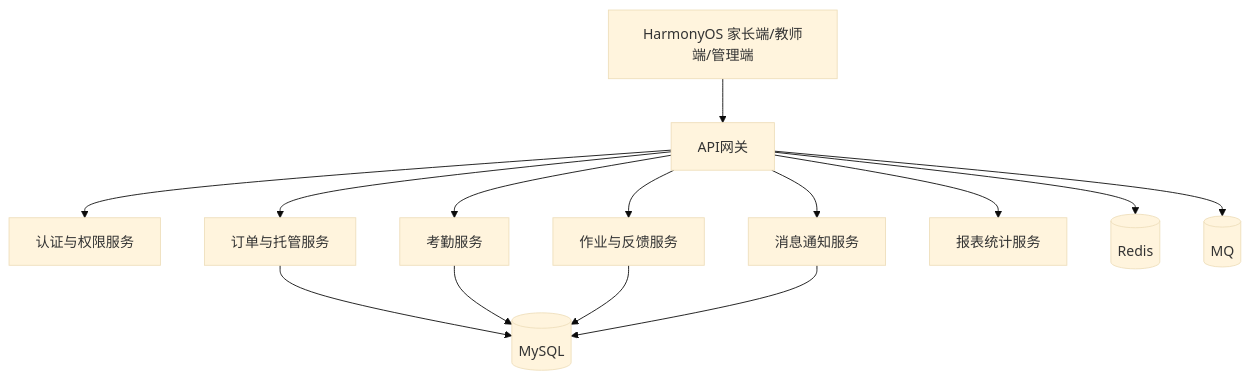
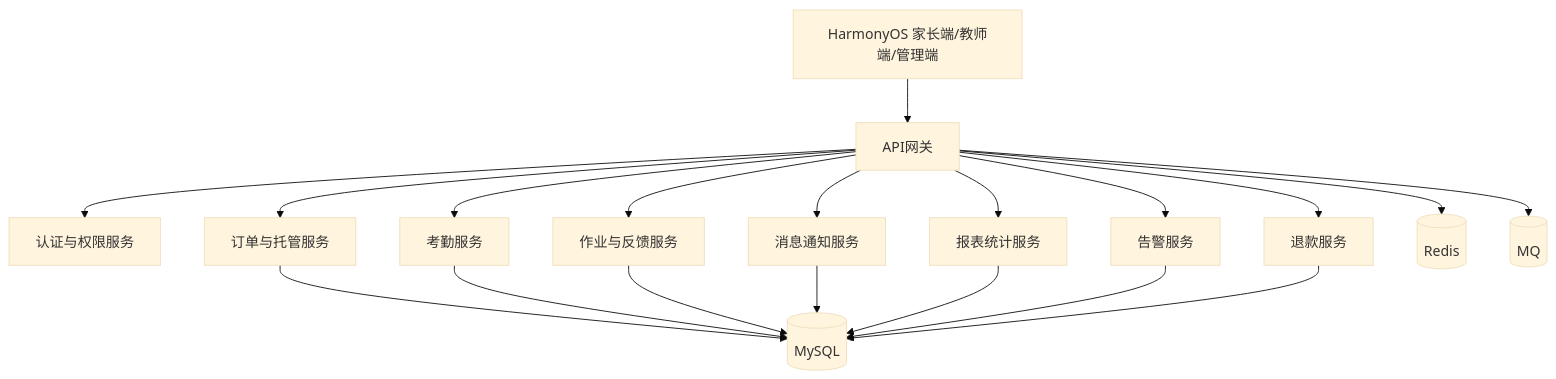
The fourth of 6 diagrams in docs/04-图册与可视化/Mermaid图册.md (2951461586/SmartGuardian), drawn with Mermaid (base theme) before and after one commit. The commit also changed other lines of this file and 60 other files, not shown here.

````diff
--- a/docs/04-图册与可视化/Mermaid图册.md
+++ b/docs/04-图册与可视化/Mermaid图册.md
@@ -63,16 +72,21 @@
 ```mermaid
 flowchart TB
 A[HarmonyOS 家长端/教师端/管理端] --> B[API网关]
 B --> C[认证与权限服务]
 B --> D[订单与托管服务]
 B --> E[考勤服务]
 B --> F[作业与反馈服务]
 B --> G[消息通知服务]
 B --> H[报表统计服务]
+B --> L[告警服务]
+B --> M[退款服务]
 D --> I[(MySQL)]
 E --> I
 F --> I
 G --> I
+H --> I
+L --> I
+M --> I
 B --> J[(Redis)]
 B --> K[(MQ)]
 ```
````
